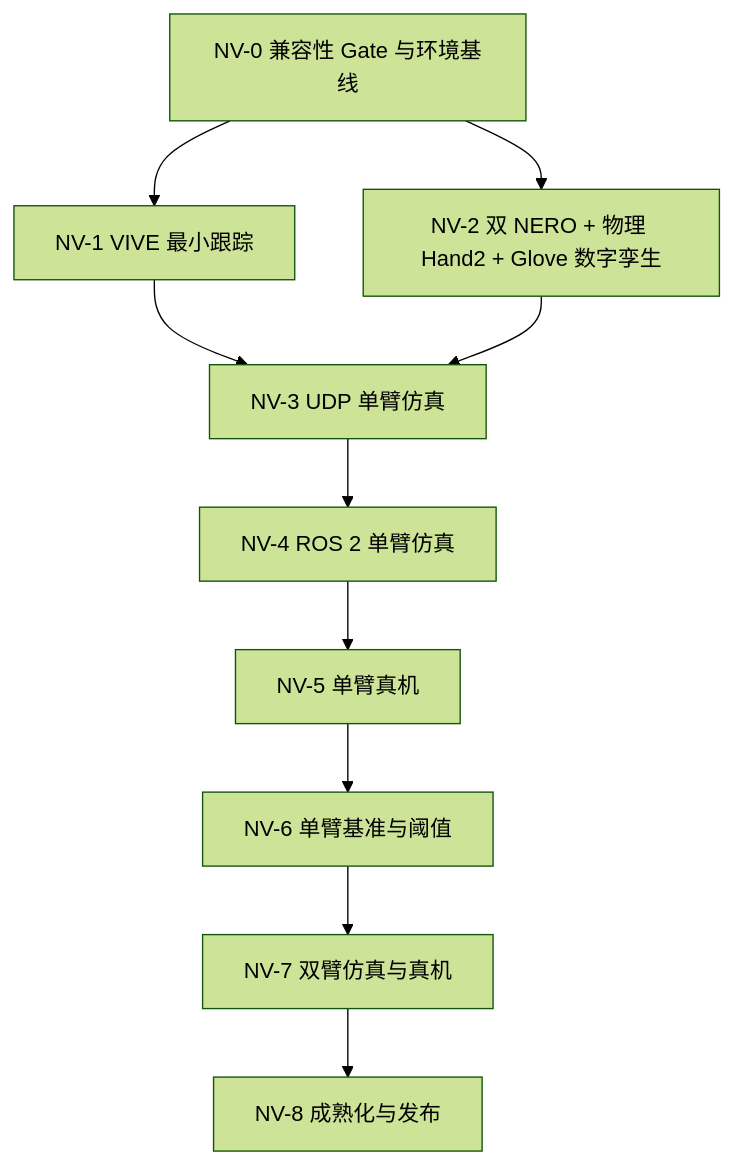
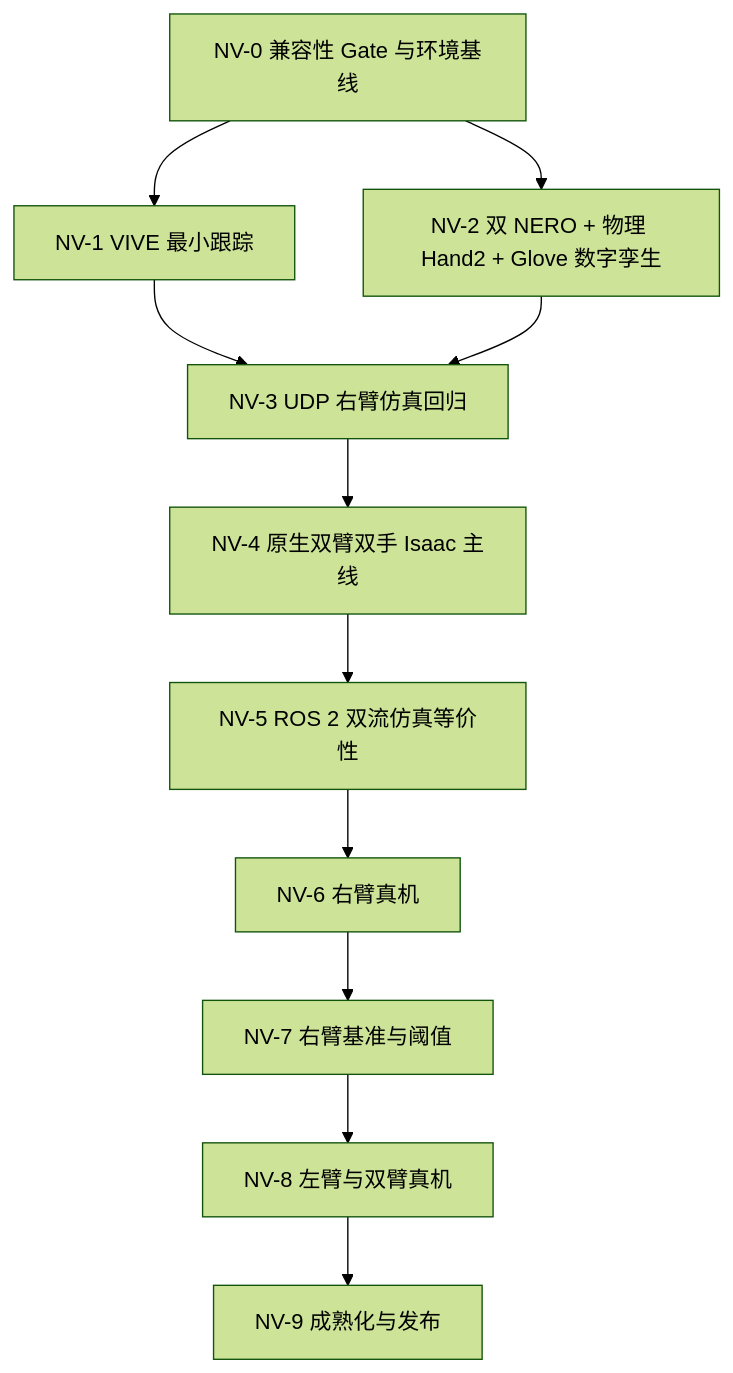
The second of 2 diagrams in docs/001-nero-vive-dual-arm-teleoperation-version-plan.md (shengwenyuan/wujihand), drawn with Mermaid (forest theme) before and after one commit. The commit also changed other lines of this file and 7 other files, not shown here.

````diff
--- a/docs/001-nero-vive-dual-arm-teleoperation-version-plan.md
+++ b/docs/001-nero-vive-dual-arm-teleoperation-version-plan.md
@@ -1140,12 +1412,13 @@
 ```mermaid
 flowchart TD
     N0["NV-0 兼容性 Gate 与环境基线"] --> N1["NV-1 VIVE 最小跟踪"]
     N0 --> N2["NV-2 双 NERO + 物理 Hand2 + Glove 数字孪生"]
-    N1 --> N3["NV-3 UDP 单臂仿真"]
+    N1 --> N3["NV-3 UDP 右臂仿真回归"]
     N2 --> N3
-    N3 --> N4["NV-4 ROS 2 单臂仿真"]
-    N4 --> N5["NV-5 单臂真机"]
-    N5 --> N6["NV-6 单臂基准与阈值"]
-    N6 --> N7["NV-7 双臂仿真与真机"]
-    N7 --> N8["NV-8 成熟化与发布"]
+    N3 --> N4["NV-4 原生双臂双手 Isaac 主线"]
+    N4 --> N5["NV-5 ROS 2 双流仿真等价性"]
+    N5 --> N6["NV-6 右臂真机"]
+    N6 --> N7["NV-7 右臂基准与阈值"]
+    N7 --> N8["NV-8 左臂与双臂真机"]
+    N8 --> N9["NV-9 成熟化与发布"]
 ```
````
